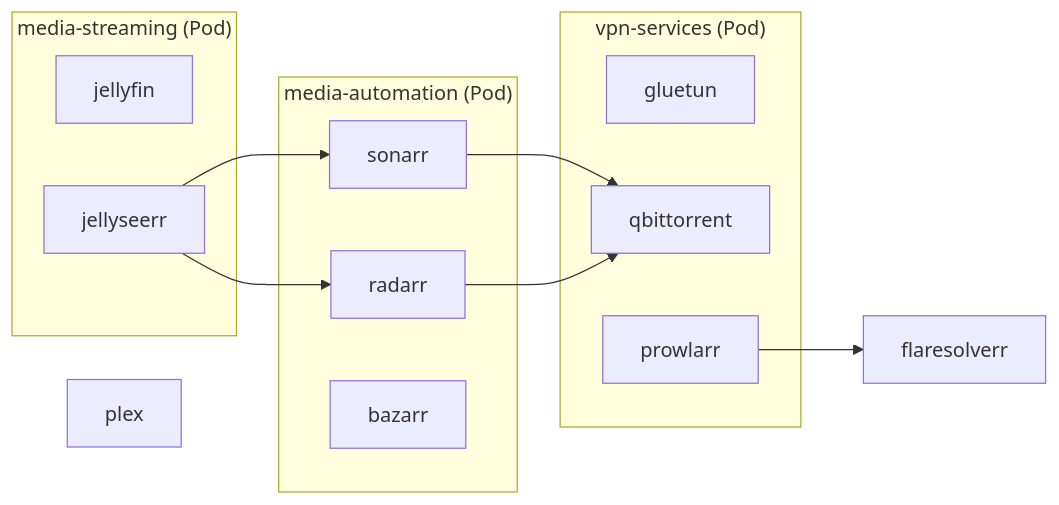
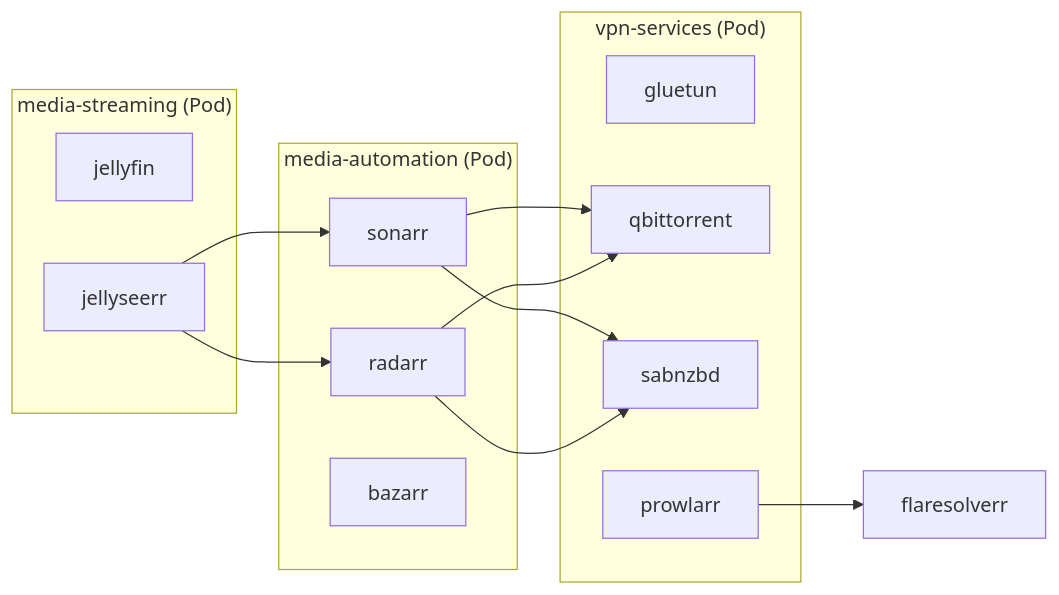
One commit to dannyfranca/home-stream-server changed the diagram in QUADLET.md. Above: the diagram before and after it, drawn with Mermaid. The commit also changed other lines of this file and 4 other files, not shown here.

First line of the commit message:
feat: replace Plex with SABnzbd in Docker Compose and Quadlet

````diff
--- a/QUADLET.md
+++ b/QUADLET.md
@@ -7,25 +7,27 @@
 ```mermaid
 graph LR
     subgraph vpn["vpn-services (Pod)"]
         G[gluetun]
         Q[qbittorrent]
+        SAB[sabnzbd]
         P[prowlarr]
     end
     subgraph auto["media-automation (Pod)"]
         S[sonarr]
         R[radarr]
         B[bazarr]
     end
     subgraph stream["media-streaming (Pod)"]
         J[jellyfin]
         JS[jellyseerr]
     end
     F[flaresolverr]
-    PX[plex]
     
     P --> F
     S --> Q
+    S --> SAB
     R --> Q
+    R --> SAB
     JS --> S
     JS --> R
 ```
````
